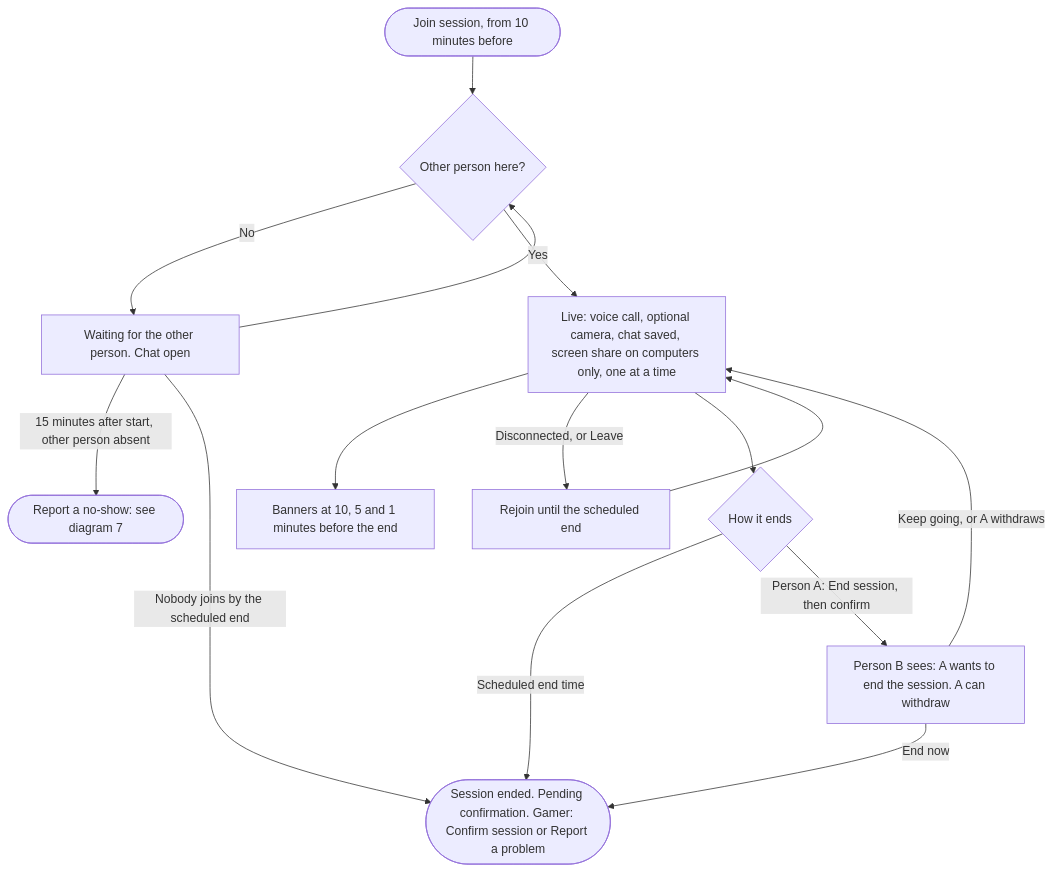
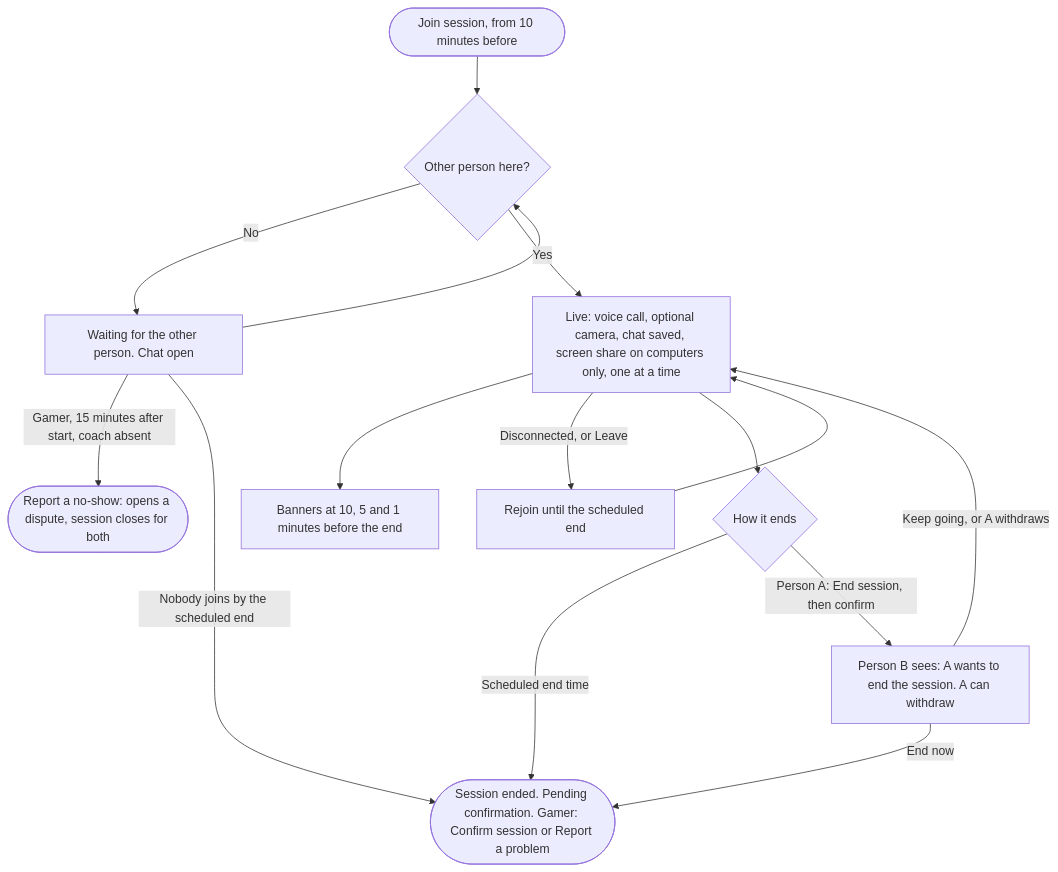
Before and after one commit to ILoveWaterSm/Harbourly-Waitlist-2.0: the fifth of 13 diagrams in design/USER-FLOW.md, drawn with Mermaid. The commit also changed other lines of this file and 3 other files, not shown here.

First line of the commit message:
No-shows stay disputes (16 Oct rule); an upheld gamer no-show splits the coach's price 50/50

````diff
--- a/design/USER-FLOW.md
+++ b/design/USER-FLOW.md
@@ -172,17 +172,17 @@
 ```mermaid
 flowchart TD
   Join(["Join session, from 10 minutes before"]) --> Waiting{"Other person here?"}
   Waiting -->|"No"| Room["Waiting for the other person. Chat open"]
   Room --> Waiting
-  Room -->|"15 minutes after start, other person absent"| NoShow(["Report a no-show: see diagram 7"])
+  Room -->|"Gamer, 15 minutes after start, coach absent"| NoShow(["Report a no-show: opens a dispute, session closes for both"])
   Room -->|"Nobody joins by the scheduled end"| Ended
   Waiting -->|"Yes"| Live["Live: voice call, optional camera, chat saved, screen share on computers only, one at a time"]
   Live --> Banners["Banners at 10, 5 and 1 minutes before the end"]
   Live -->|"Disconnected, or Leave"| Rejoin["Rejoin until the scheduled end"]
   Rejoin --> Live
   Live --> EndHow{"How it ends"}
   EndHow -->|"Scheduled end time"| Ended
   EndHow -->|"Person A: End session, then confirm"| Ask["Person B sees: A wants to end the session. A can withdraw"]
   Ask -->|"Keep going, or A withdraws"| Live
   Ask -->|"End now"| Ended(["Session ended. Pending confirmation. Gamer: Confirm session or Report a problem"])
 ```
````
